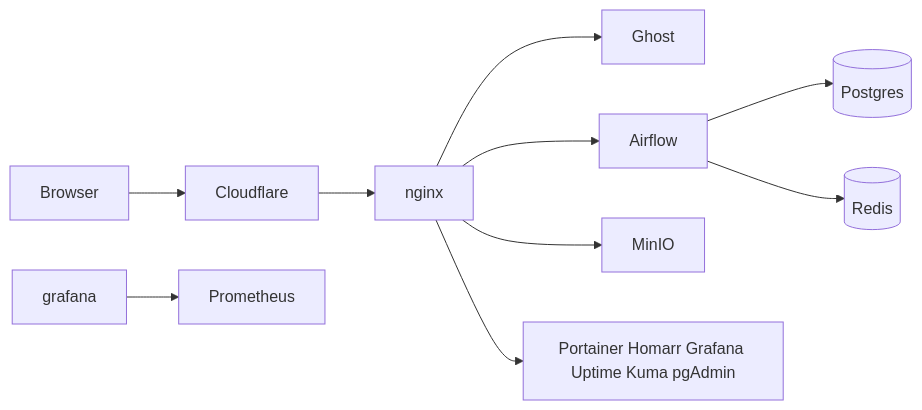
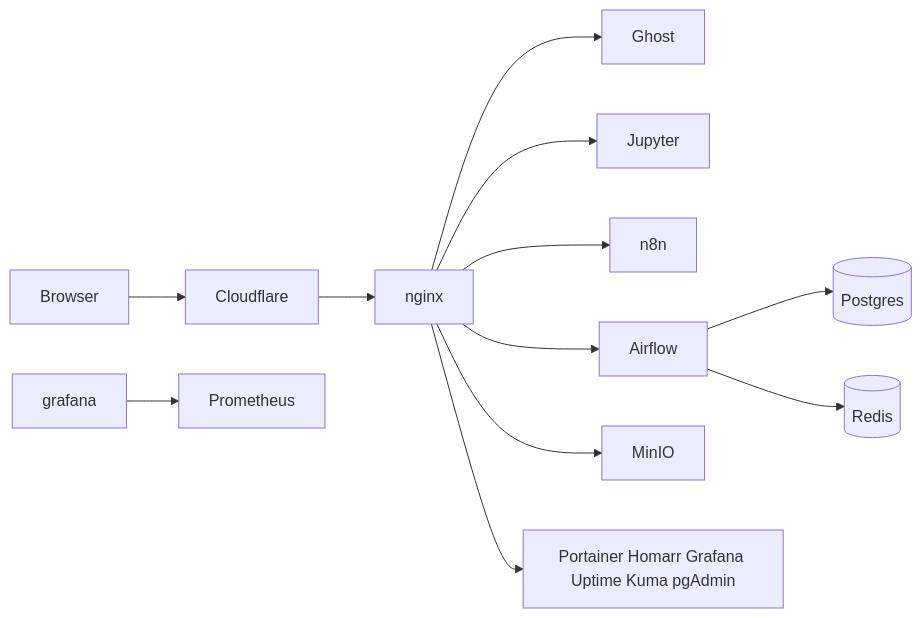
The diagram in README.md (NghiaNguyen170192/my-linux-server), drawn with Mermaid before and after one commit. The commit also changed other lines of this file and 8 other files, not shown here.

````diff
--- a/README.md
+++ b/README.md
@@ -9,12 +9,14 @@
 ```mermaid
 flowchart LR
   client[Browser] --> cf[Cloudflare]
   cf --> nginx[nginx]
   nginx --> ghost[Ghost]
+  nginx --> notebooks[Jupyter]
+  nginx --> n8n[n8n]
   nginx --> airflow[Airflow]
   nginx --> minio[MinIO]
   nginx --> admin[Portainer Homarr Grafana Uptime Kuma pgAdmin]
   airflow --> pg[(Postgres)]
   airflow --> redis[(Redis)]
   grafana --> prom[Prometheus]
 ```
````
